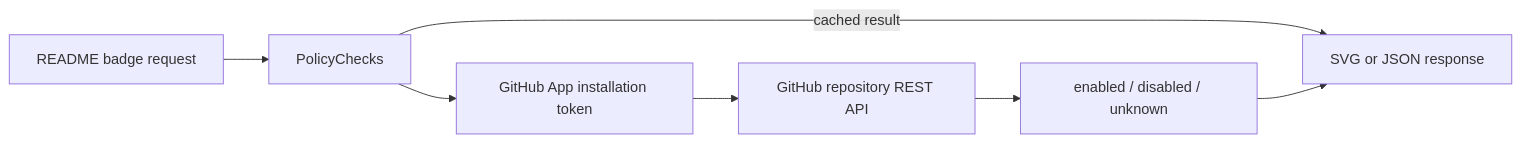
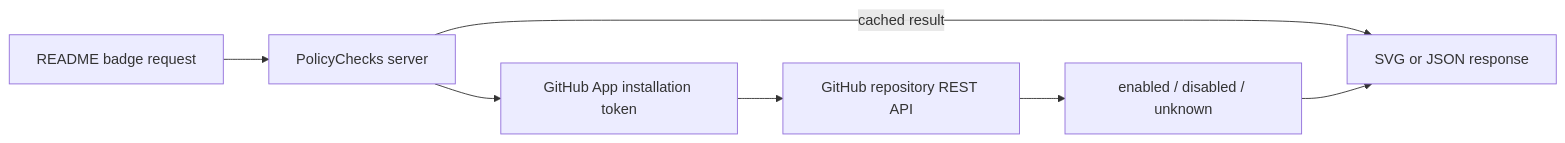
One commit to reponomics/PolicyChecks changed the diagram in README.md. Above: the diagram before and after it, drawn with Mermaid. The commit also changed other lines of this file, not shown here.

````diff
--- a/README.md
+++ b/README.md
@@ -104,9 +75,9 @@
 ```mermaid
 flowchart LR
-    A[README badge request] --> B[PolicyChecks]
+    A[README badge request] --> B[PolicyChecks server]
     B -->|cached result| F[SVG or JSON response]
     B --> C[GitHub App installation token]
     C --> D[GitHub repository REST API]
     D --> E["enabled / disabled / unknown"]
     E --> F
 ```
````
